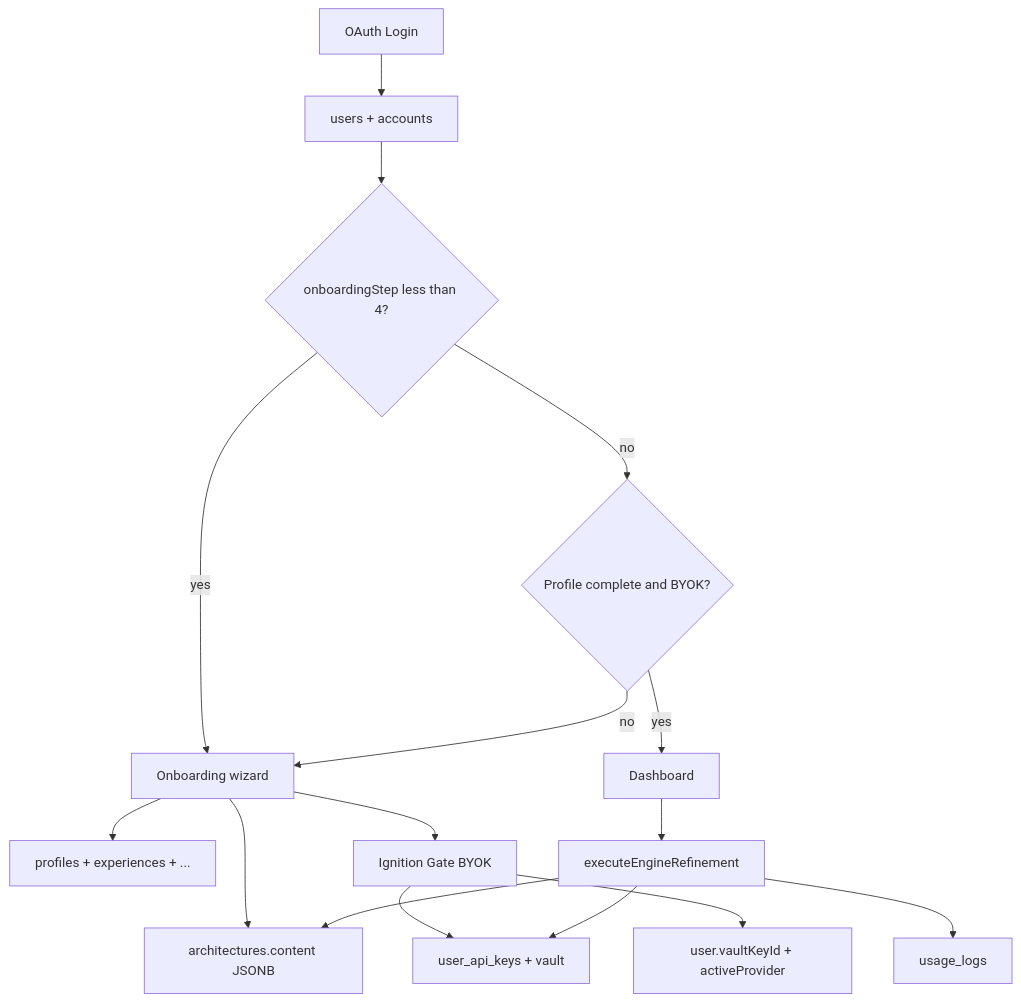
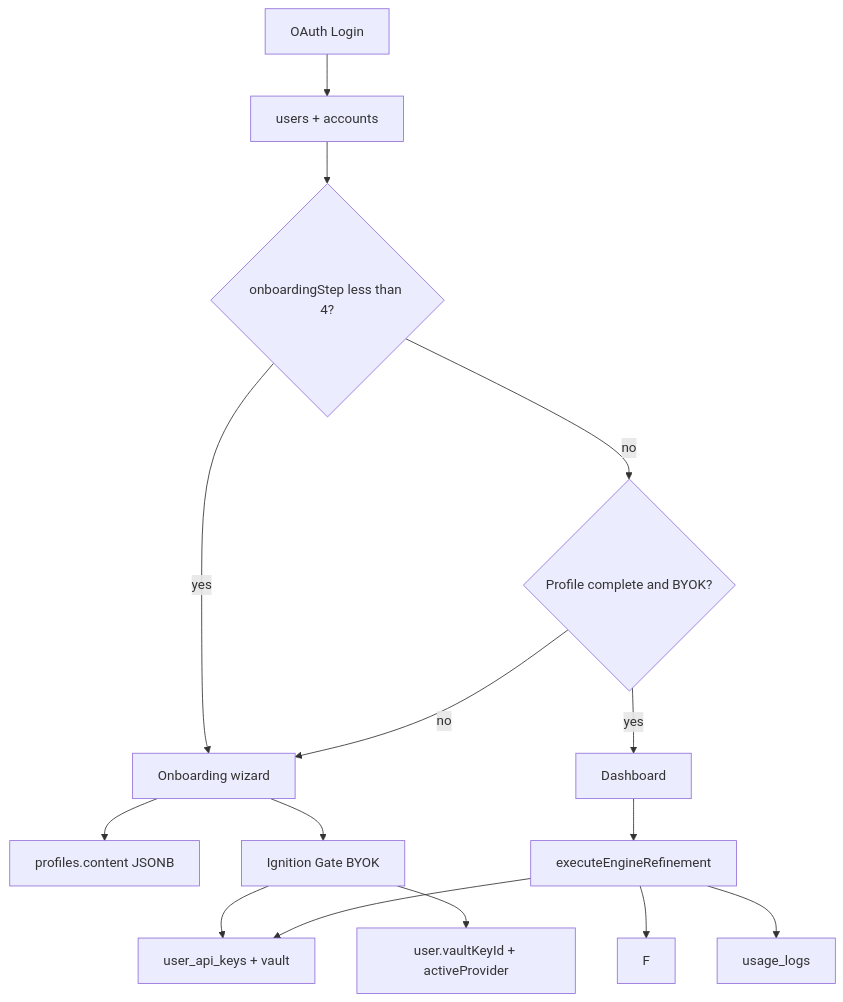
One commit to bhagatks/EasySubmit changed the second of 2 diagrams in docs/database-schema.md. Above: the diagram before and after it, drawn with Mermaid. The commit also changed other lines of this file and 68 other files, not shown here.

Commit message:
Dashboard v1: resume studio, settings, profile schema

````diff
--- a/docs/database-schema.md
+++ b/docs/database-schema.md
@@ -53,18 +49,17 @@
 ```mermaid
 flowchart TD
     A[OAuth Login] --> B[users + accounts]
     B --> C{onboardingStep less than 4?}
     C -->|yes| D[Onboarding wizard]
-    D --> E[profiles + experiences + ...]
-    D --> F[architectures.content JSONB]
+    D --> E[profiles.content JSONB]
     D --> G[Ignition Gate BYOK]
     G --> H[user_api_keys + vault]
     G --> I[user.vaultKeyId + activeProvider]
     C -->|no| J{Profile complete and BYOK?}
     J -->|no| D
     J -->|yes| K[Dashboard]
     K --> L[executeEngineRefinement]
     L --> H
     L --> F
     L --> M[usage_logs]
 ```
````
